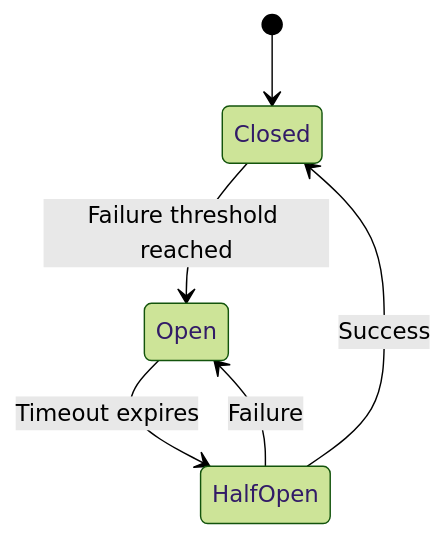
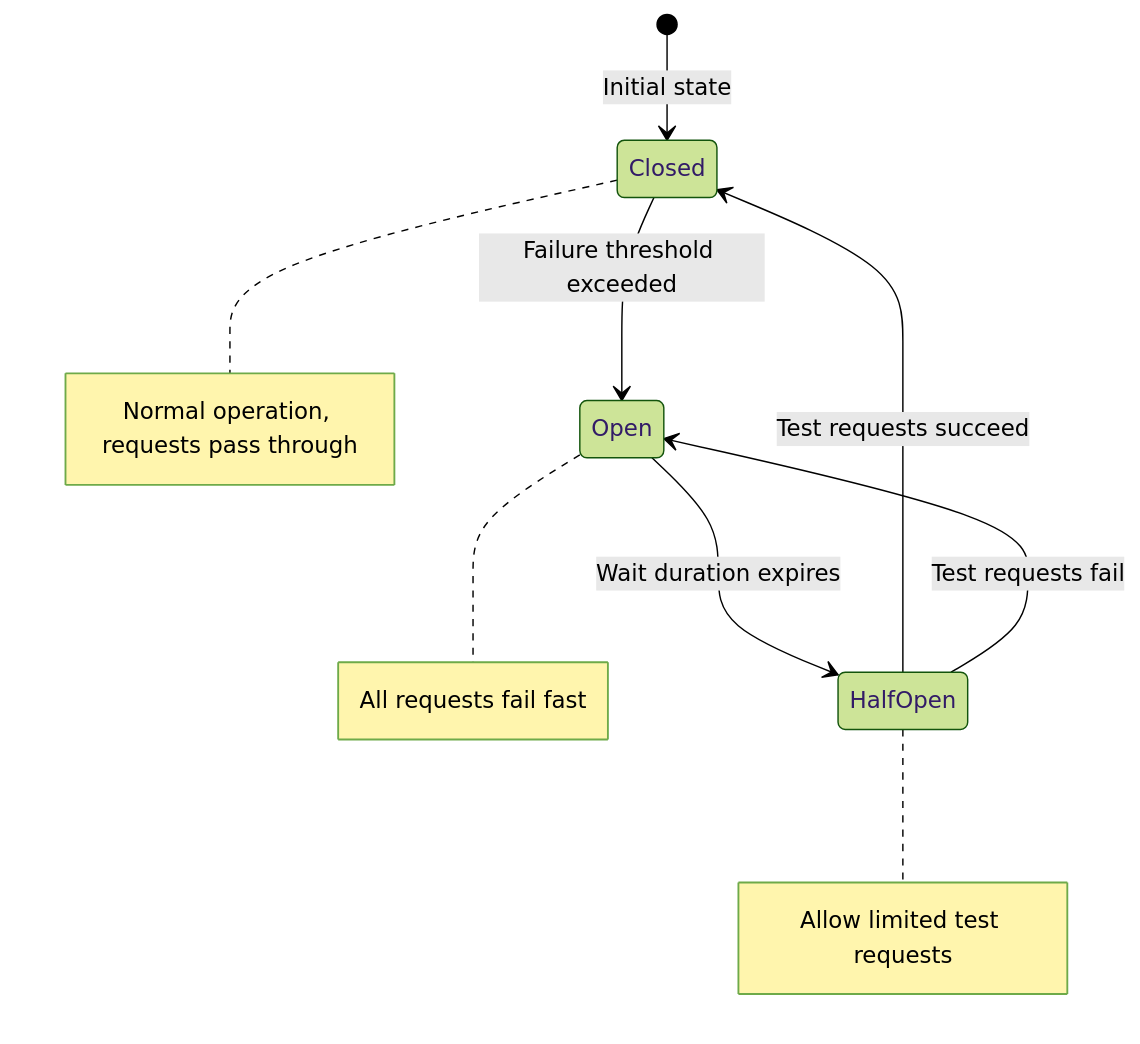
Before and after one commit to Harendra1558/cs-master-wiki: the second of 2 diagrams in docs/10-microservices-architecture/02-microservices-patterns.md, drawn with Mermaid (forest theme). The commit also changed other lines of this file and 25 other files, not shown here.

````diff
--- a/docs/10-microservices-architecture/02-microservices-patterns.md
+++ b/docs/10-microservices-architecture/02-microservices-patterns.md
@@ -180,8 +286,14 @@
 ```mermaid
 stateDiagram-v2
-    [*] --> Closed
-    Closed --> Open: Failure threshold reached
-    Open --> HalfOpen: Timeout expires
-    HalfOpen --> Closed: Success
-    HalfOpen --> Open: Failure
+    [*] --> Closed: Initial state
+    
+    Closed --> Open: Failure threshold exceeded
+    note right of Closed: Normal operation, requests pass through
+    
+    Open --> HalfOpen: Wait duration expires
+    note right of Open: All requests fail fast
+    
+    HalfOpen --> Closed: Test requests succeed
+    HalfOpen --> Open: Test requests fail
+    note right of HalfOpen: Allow limited test requests
 ```
````
